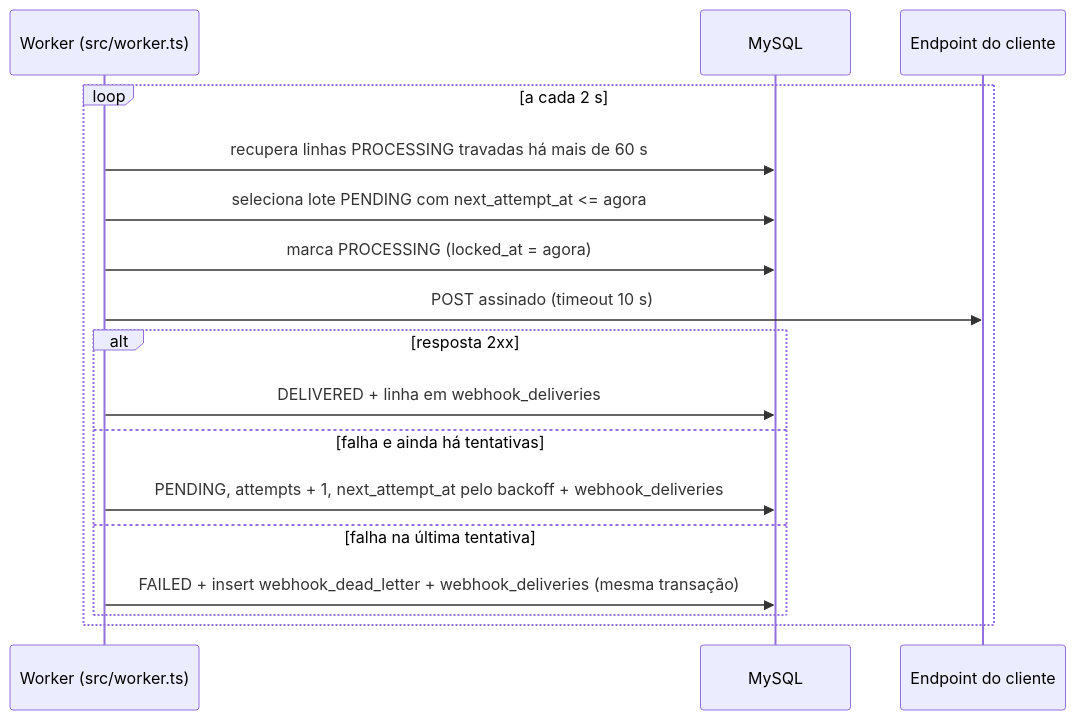
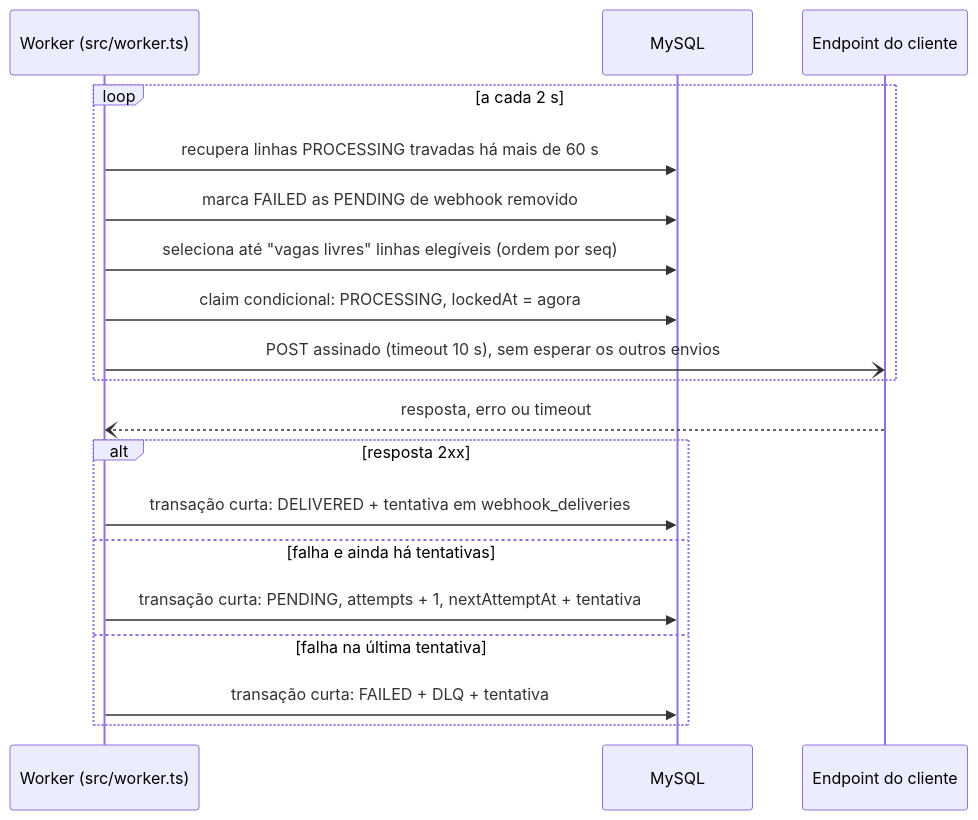
The second of 2 diagrams in docs/FDD.md (ElderGil/design-docs-webhooks-pedidos), drawn with Mermaid before and after one commit. The commit also changed other lines of this file and 2 other files, not shown here.

````diff
--- a/docs/FDD.md
+++ b/docs/FDD.md
@@ -103,19 +128,21 @@
 ```mermaid
 sequenceDiagram
   participant W as Worker (src/worker.ts)
   participant DB as MySQL
   participant CL as Endpoint do cliente
   loop a cada 2 s
     W->>DB: recupera linhas PROCESSING travadas há mais de 60 s
-    W->>DB: seleciona lote PENDING com next_attempt_at <= agora
-    W->>DB: marca PROCESSING (locked_at = agora)
-    W->>CL: POST assinado (timeout 10 s)
-    alt resposta 2xx
-      W->>DB: DELIVERED + linha em webhook_deliveries
-    else falha e ainda há tentativas
-      W->>DB: PENDING, attempts + 1, next_attempt_at pelo backoff + webhook_deliveries
-    else falha na última tentativa
-      W->>DB: FAILED + insert webhook_dead_letter + webhook_deliveries (mesma transação)
-    end
+    W->>DB: marca FAILED as PENDING de webhook removido
+    W->>DB: seleciona até "vagas livres" linhas elegíveis (ordem por seq)
+    W->>DB: claim condicional: PROCESSING, lockedAt = agora
+    W-)CL: POST assinado (timeout 10 s), sem esperar os outros envios
+  end
+  CL--)W: resposta, erro ou timeout
+  alt resposta 2xx
+    W->>DB: transação curta: DELIVERED + tentativa em webhook_deliveries
+  else falha e ainda há tentativas
+    W->>DB: transação curta: PENDING, attempts + 1, nextAttemptAt + tentativa
+  else falha na última tentativa
+    W->>DB: transação curta: FAILED + DLQ + tentativa
   end
 ```
````
